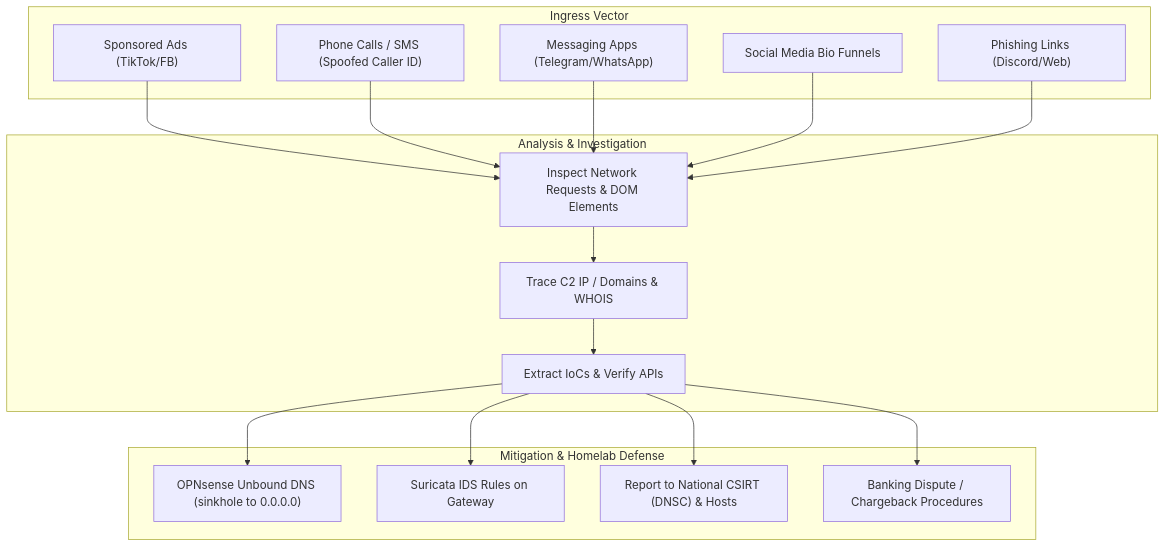
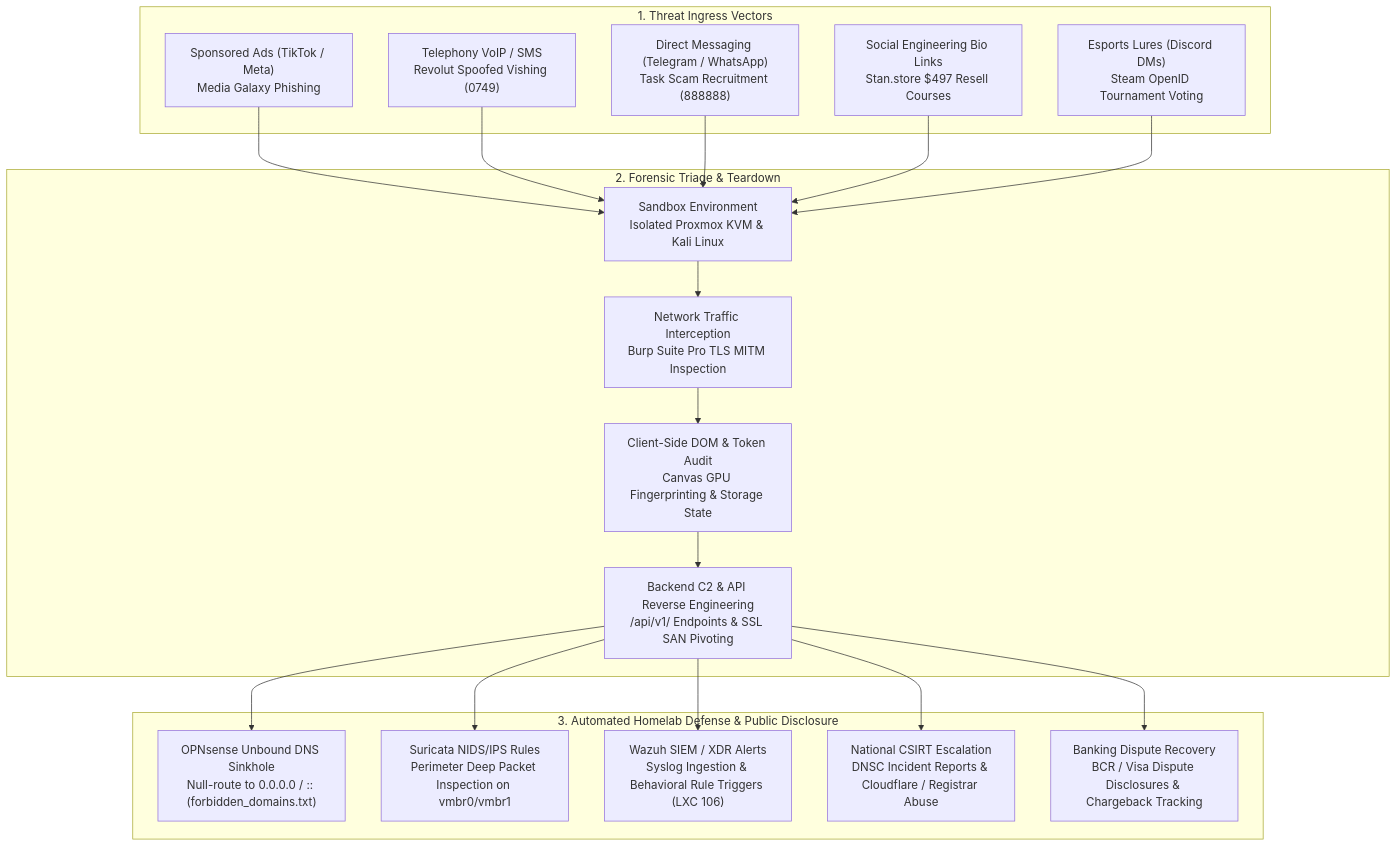
The diagram in cyber/README.md (stefanutc1/infrastructure), drawn with Mermaid before and after one commit. The commit also changed other lines of this file and 26 other files, not shown here.

````diff
--- a/cyber/README.md
+++ b/cyber/README.md
@@ -42,28 +57,31 @@
 ```mermaid
 flowchart TD
-    subgraph INGRESS["Ingress Vector"]
-        I1["Sponsored Ads (TikTok/FB)"]
-        I2["Phone Calls / SMS (Spoofed Caller ID)"]
-        I3["Messaging Apps (Telegram/WhatsApp)"]
-        I4["Social Media Bio Funnels"]
-        I5["Phishing Links (Discord/Web)"]
+    subgraph INGRESS["1. Threat Ingress Vectors"]
+        I1["Sponsored Ads (TikTok / Meta)<br/>Media Galaxy Phishing"]
+        I2["Telephony VoIP / SMS<br/>Revolut Spoofed Vishing (0749)"]
+        I3["Direct Messaging (Telegram / WhatsApp)<br/>Task Scam Recruitment (888888)"]
+        I4["Social Engineering Bio Links<br/>Stan.store $497 Resell Courses"]
+        I5["Esports Lures (Discord DMs)<br/>Steam OpenID Tournament Voting"]
     end
 
-    subgraph ANALYSIS["Analysis & Investigation"]
-        A1["Inspect Network Requests & DOM Elements"]
-        A2["Trace C2 IP / Domains & WHOIS"]
-        A3["Extract IoCs & Verify APIs"]
-        I1 & I2 & I3 & I4 & I5 --> A1 --> A2 --> A3
+    subgraph TRIAGE["2. Forensic Triage & Teardown"]
+        T1["Sandbox Environment<br/>Isolated Proxmox KVM & Kali Linux"]
+        T2["Network Traffic Interception<br/>Burp Suite Pro TLS MITM Inspection"]
+        T3["Client-Side DOM & Token Audit<br/>Canvas GPU Fingerprinting & Storage State"]
+        T4["Backend C2 & API Reverse Engineering<br/>/api/v1/ Endpoints & SSL SAN Pivoting"]
+        I1 & I2 & I3 & I4 & I5 --> T1 --> T2 --> T3 --> T4
     end
 
-    subgraph MITIGATION["Mitigation & Homelab Defense"]
-        M1["OPNsense Unbound DNS (sinkhole to 0.0.0.0)"]
-        M2["Suricata IDS Rules on Gateway"]
-        M3["Report to National CSIRT (DNSC) & Hosts"]
-        M4["Banking Dispute / Chargeback Procedures"]
-        A3 --> M1
-        A3 --> M2
-        A3 --> M3
-        A3 --> M4
+    subgraph MITIGATION["3. Automated Homelab Defense & Public Disclosure"]
+        M1["OPNsense Unbound DNS Sinkhole<br/>Null-route to 0.0.0.0 / :: (forbidden_domains.txt)"]
+        M2["Suricata NIDS/IPS Rules<br/>Perimeter Deep Packet Inspection on vmbr0/vmbr1"]
+        M3["Wazuh SIEM / XDR Alerts<br/>Syslog Ingestion & Behavioral Rule Triggers (LXC 106)"]
+        M4["National CSIRT Escalation<br/>DNSC Incident Reports & Cloudflare / Registrar Abuse"]
+        M5["Banking Dispute Recovery<br/>BCR / Visa Dispute Disclosures & Chargeback Tracking"]
+        T4 --> M1
+        T4 --> M2
+        T4 --> M3
+        T4 --> M4
+        T4 --> M5
     end
 ```
````
